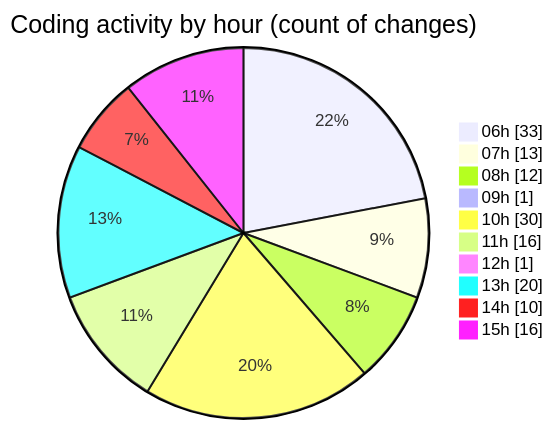
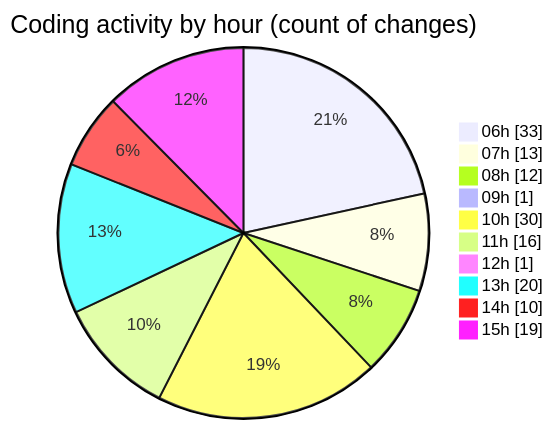
Before and after one commit to charlie-sans/code-tracking: the second of 2 diagrams in 2025-02-21/micros/README.md, drawn with Mermaid. The commit also changed other lines of this file and 1 other file, not shown here.

````diff
--- a/2025-02-21/micros/README.md
+++ b/2025-02-21/micros/README.md
@@ -92,14 +92,14 @@
 ```mermaid
 pie showData
 title Coding activity by hour (count of changes)
 "06h" : 33
 "07h" : 13
 "08h" : 12
 "09h" : 1
 "10h" : 30
 "11h" : 16
 "12h" : 1
 "13h" : 20
 "14h" : 10
-"15h" : 16
+"15h" : 19
 ```
````
